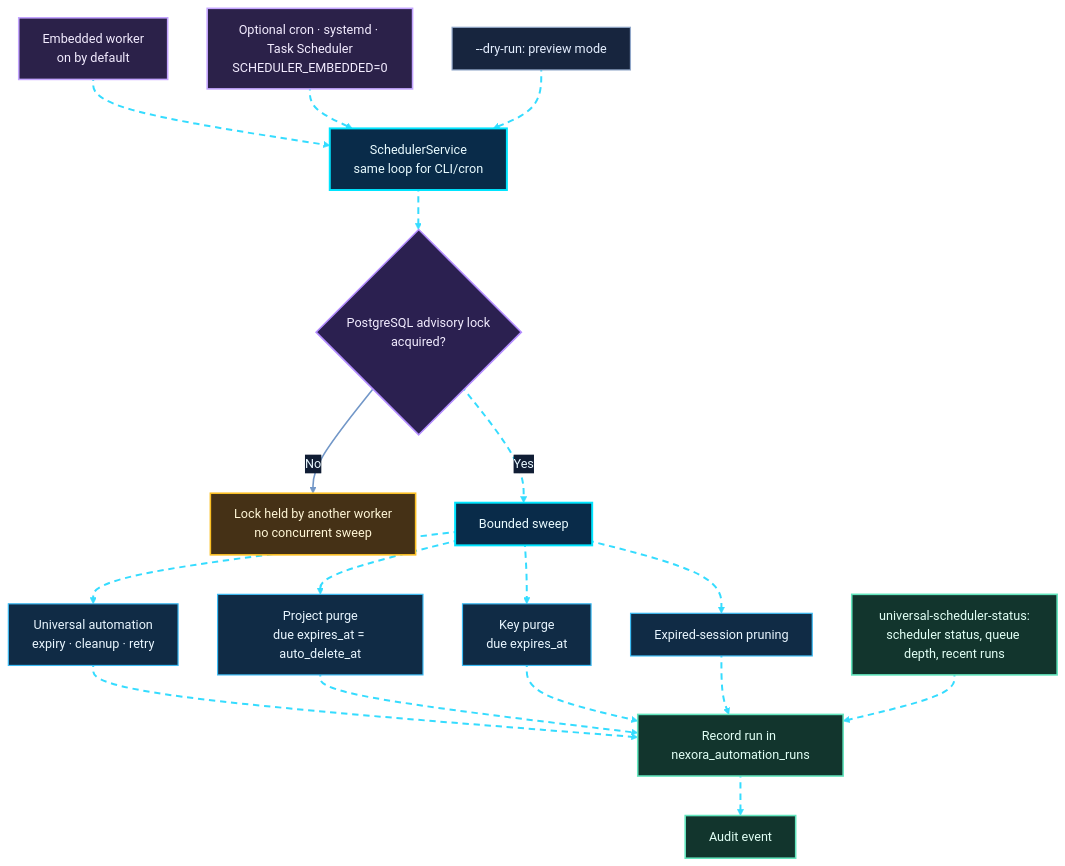
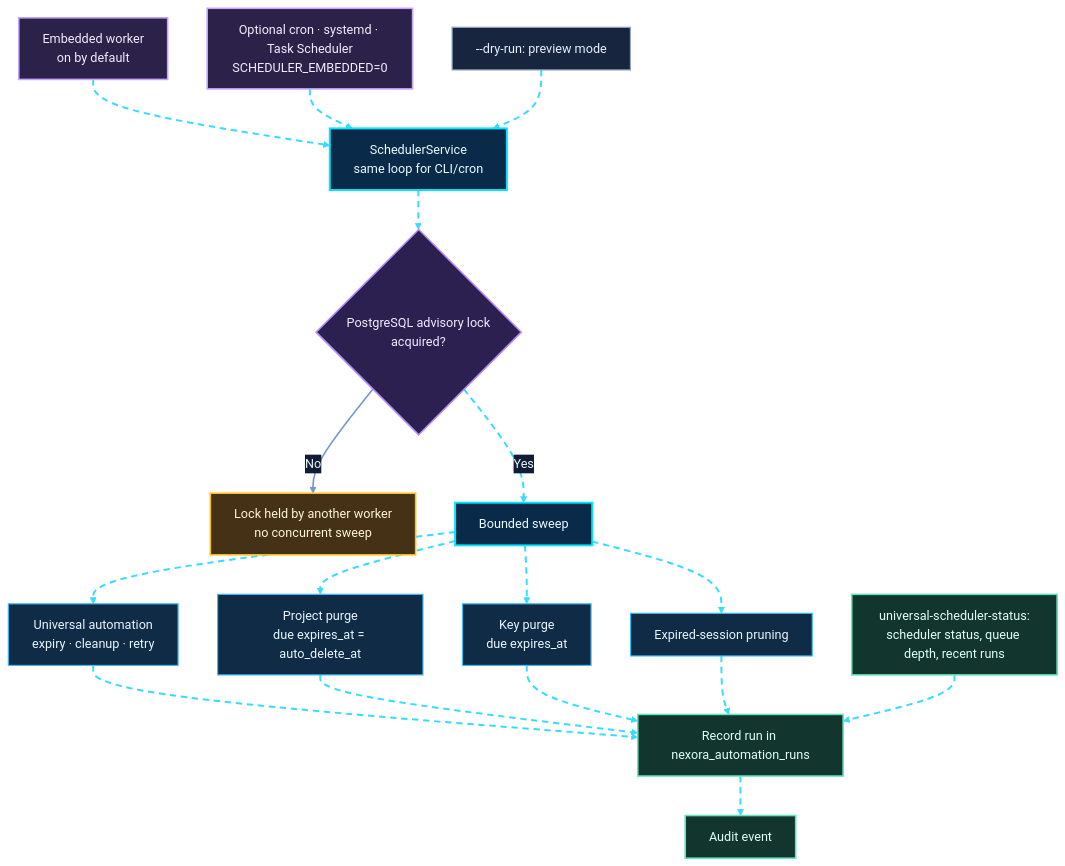
Diagram 18 of 23 in README.md (shajeduzzamanenan992008inc/NexOra-Database-key-Gen), drawn with Mermaid before and after one commit. The commit also changed other lines of this file, not shown here.

Commit message:
docs: finalize README Mermaid flowchart audit

````diff
--- a/README.md
+++ b/README.md
@@ -1691,71 +1708,72 @@
 ```mermaid
 %%{init: {"theme":"base","themeVariables":{"darkMode":true,"background":"#07111f","primaryColor":"#102744","primaryTextColor":"#e8f7ff","primaryBorderColor":"#00d9ff","lineColor":"#7297c8","secondaryColor":"#261d45","secondaryTextColor":"#f3eaff","secondaryBorderColor":"#a78bfa","tertiaryColor":"#12332b","tertiaryTextColor":"#e0fff1","tertiaryBorderColor":"#41e6a2","fontFamily":"Inter, Segoe UI, sans-serif","edgeLabelBackground":"#101d34","mainBkg":"#102744","nodeBorder":"#00d9ff","clusterBkg":"#0b1930","clusterBorder":"#6f7dff","actorBkg":"#102744","actorBorder":"#00d9ff","actorTextColor":"#e8f7ff","signalColor":"#64d8ff","signalTextColor":"#e8f7ff","noteBkgColor":"#0e332b","noteBorderColor":"#41e6a2","noteTextColor":"#e0fff1"}}}%%
 
 flowchart TD
     T["Embedded worker<br/>on by default"] e18_01@--> C["SchedulerService<br/>same loop for CLI/cron"]
 
     T2["Optional cron · systemd · Task Scheduler<br/>SCHEDULER_EMBEDDED=0"] e18_02@-.-> C
 
     C e18_03@--> L{"PostgreSQL advisory lock<br/>acquired?"}
 
     %% NO branch: STATIC - NO ANIMATION
     L -->|No| W["Lock held by another worker<br/>no concurrent sweep"]
 
     %% YES branch: animated
     L e18_05@-->|Yes| S["Bounded sweep"]
 
     %% Bounded sweep jobs
     S e18_06@--> J1["Universal automation<br/>expiry · cleanup · retry"]
 
     S e18_07@--> J2["Project purge<br/>due expires_at = auto_delete_at"]
 
     S e18_08@--> J4["Key purge<br/>due expires_at"]
 
     S e18_09@--> J3["Expired-session pruning"]
 
     %% Run recording
     J1 e18_10@--> R["Record run in nexora_automation_runs"]
 
     J2 e18_11@--> R
 
     J4 e18_12@--> R
 
     J3 e18_13@--> R
 
     %% Audit
     R e18_14@--> A["Audit event"]
 
     %% Optional controls
     D["--dry-run: preview mode"] e18_15@-.-> C
 
     ST["universal-scheduler-status:<br/>scheduler status, queue depth, recent runs"] e18_16@-.-> R
 
     %% OMEGA NEX-ORA / ULTRA NEON PALETTE
     classDef nxCore fill:#092b49,stroke:#00e5ff,stroke-width:2.5px,color:#e9fbff;
     classDef nxProcess fill:#102b45,stroke:#3dbcf5,stroke-width:1.5px,color:#e9f6ff;
     classDef nxDecision fill:#2b2050,stroke:#b38cff,stroke-width:2px,color:#f3edff;
     classDef nxSuccess fill:#0d3b2c,stroke:#3fffa0,stroke-width:2px,color:#e0fff0;
     classDef nxDanger fill:#451d30,stroke:#ff6688,stroke-width:2px,color:#fff0f3;
     classDef nxData fill:#12352d,stroke:#63e6be,stroke-width:2px,color:#e1fff5;
     classDef nxExternal fill:#2b2149,stroke:#c4a5ff,stroke-width:2px,color:#f3ecff;
     classDef nxInfo fill:#17253e,stroke:#91a7c9,stroke-width:1.5px,color:#e5efff;
     classDef nxWarning fill:#453116,stroke:#fbbf24,stroke-width:2px,color:#fff6d6;
 
     %% BLUE MOVING-DASH ANIMATION
-    classDef nxAnimated stroke:#35dcff,stroke-width:2.5px,stroke-dasharray:8\,6,stroke-dashoffset:1000,animation:dash 24s linear infinite;
+    classDef nxAnimated stroke:#35dcff,stroke-width:2.5px,stroke-dasharray:8\,6,stroke-dashoffset:1008,animation:dash 24s linear infinite;
 
     %% NODE STYLING
     class T,T2 nxExternal;
     class C,S nxCore;
     class L nxDecision;
     class W nxWarning;
     class J1,J2,J3,J4 nxProcess;
     class R,A,ST nxData;
     class D nxInfo;
 
     %% ANIMATE ALL ROUTES EXCEPT THE NO BRANCH
     class e18_01,e18_02,e18_03,e18_05,e18_06,e18_07,e18_08,e18_09,e18_10,e18_11,e18_12,e18_13,e18_14,e18_15,e18_16 nxAnimated;
 
     %% NO BRANCH: STATIC LINE
     linkStyle 3 stroke:#7297c8,stroke-width:2px;
+
 ```
````
